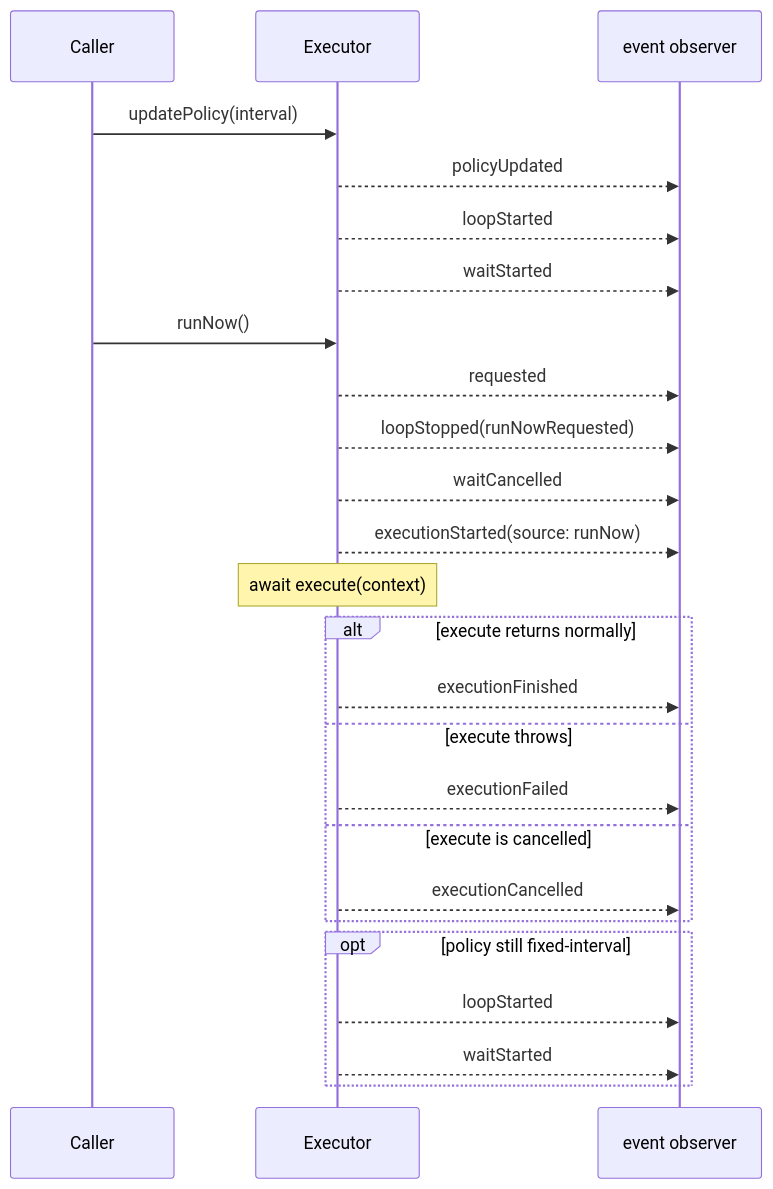
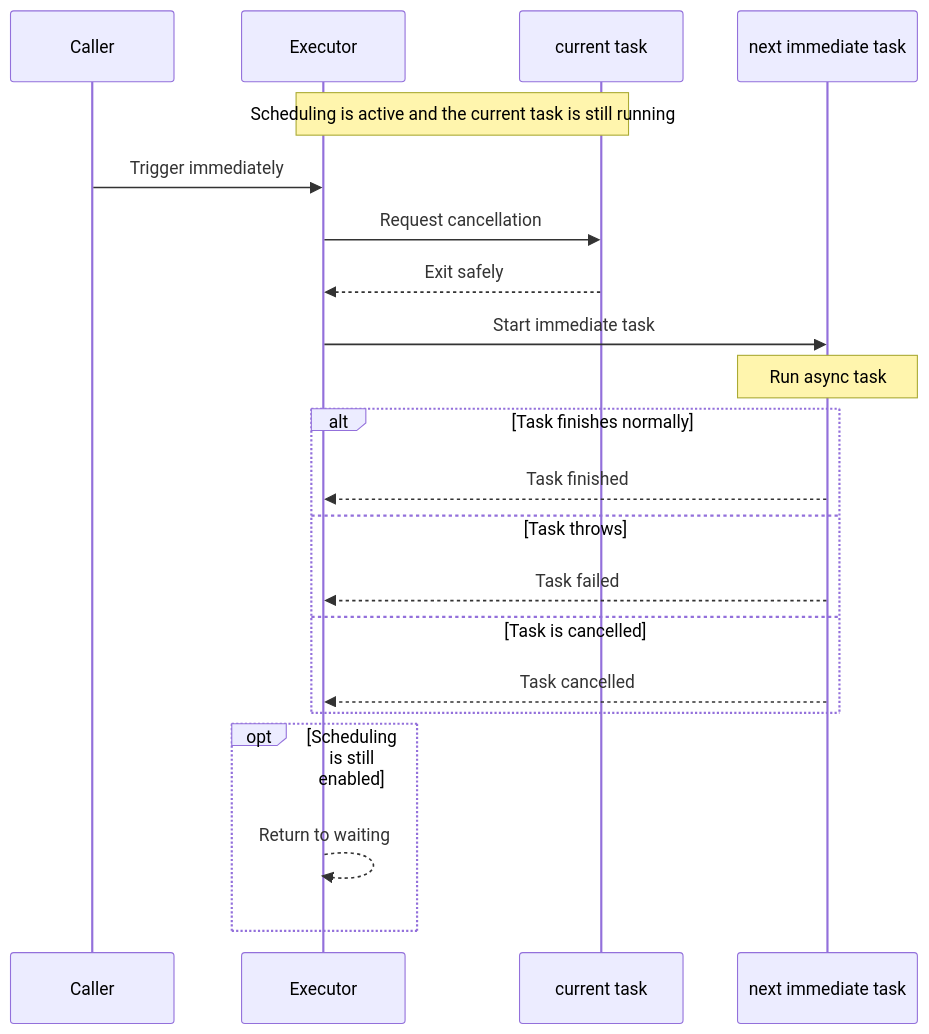
Before and after one commit to shensven/swift-sequential-executor: the second of 2 diagrams in README.md, drawn with Mermaid. The commit also changed other lines of this file and 1 other file, not shown here.

Commit message:
docs: update README files to clarify SequentialExecutor features and usage

````diff
--- a/README.md
+++ b/README.md
@@ -175,31 +179,27 @@
 ```mermaid
 sequenceDiagram
     participant Caller
     participant Executor
-    participant Observer as event observer
+    participant CurrentTask as current task
+    participant NextTask as next immediate task
 
-    Caller->>Executor: updatePolicy(interval)
-    Executor-->>Observer: policyUpdated
-    Executor-->>Observer: loopStarted
-    Executor-->>Observer: waitStarted
+    Note over Executor,CurrentTask: Scheduling is active and the current task is still running
 
-    Caller->>Executor: runNow()
-    Executor-->>Observer: requested
-    Executor-->>Observer: loopStopped(runNowRequested)
-    Executor-->>Observer: waitCancelled
-    Executor-->>Observer: executionStarted(source: runNow)
-    Note over Executor: await execute(context)
+    Caller->>Executor: Trigger immediately
+    Executor->>CurrentTask: Request cancellation
+    CurrentTask-->>Executor: Exit safely
+    Executor->>NextTask: Start immediate task
+    Note over NextTask: Run async task
 
-    alt execute returns normally
-        Executor-->>Observer: executionFinished
-    else execute throws
-        Executor-->>Observer: executionFailed
-    else execute is cancelled
-        Executor-->>Observer: executionCancelled
+    alt Task finishes normally
+        NextTask-->>Executor: Task finished
+    else Task throws
+        NextTask-->>Executor: Task failed
+    else Task is cancelled
+        NextTask-->>Executor: Task cancelled
     end
 
-    opt policy still fixed-interval
-        Executor-->>Observer: loopStarted
-        Executor-->>Observer: waitStarted
+    opt Scheduling is still enabled
+        Executor-->>Executor: Return to waiting
     end
 ```
````
